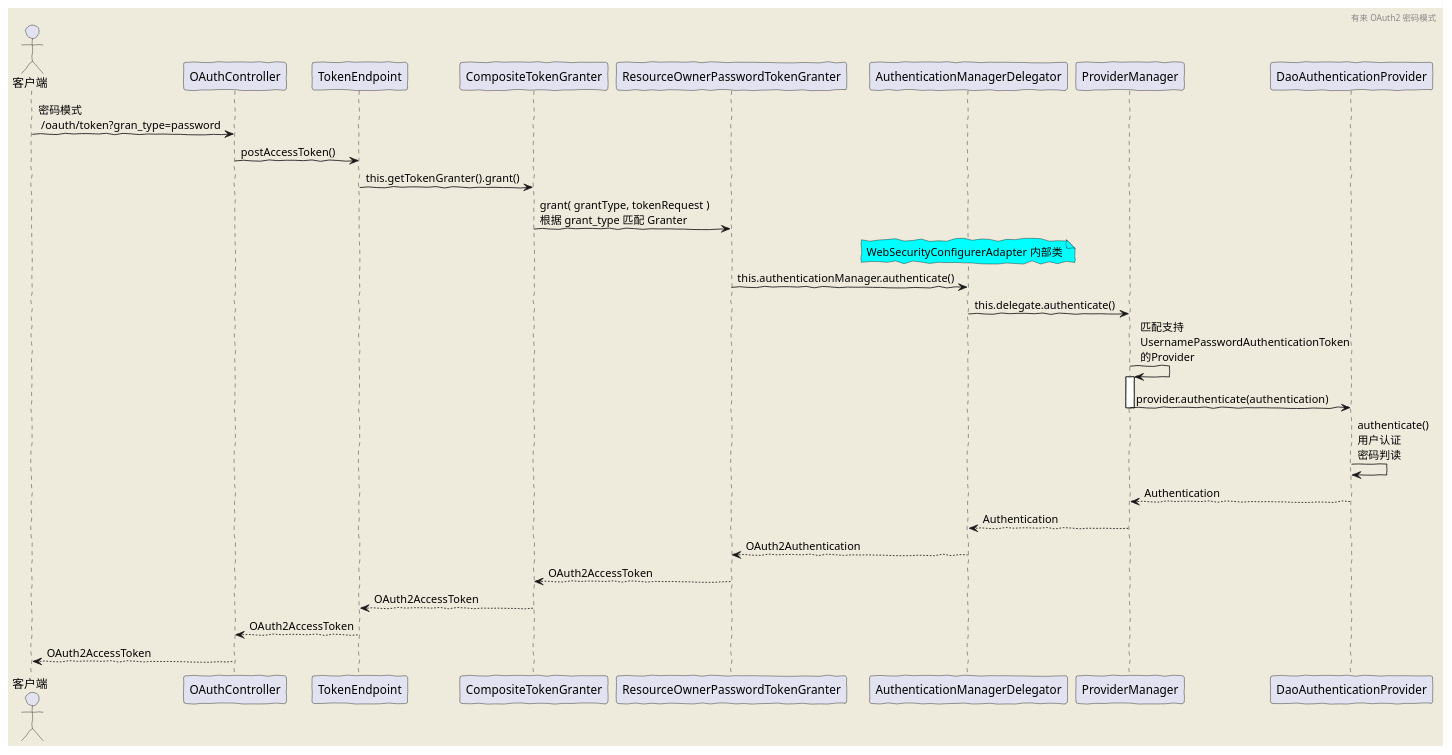
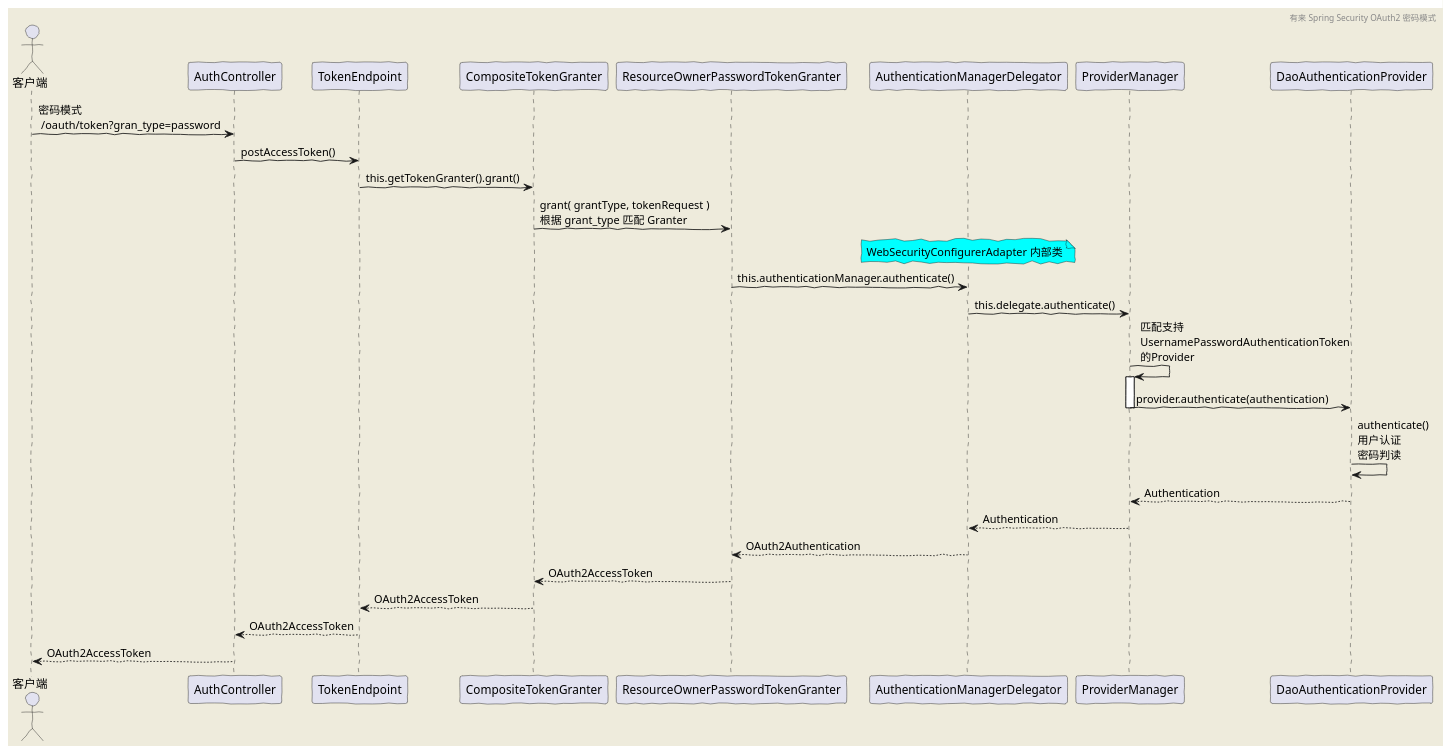
Before and after one commit to youlaitech/youlai-mall: the diagram in doc/diagram/oauth2/password.puml, drawn with PlantUML. The commit also changed other lines of this file and 6 other files, not shown here.

Commit message:
refactor: Spring Security OAuth2授权模式扩展

```diff
--- a/doc/diagram/oauth2/password.puml
+++ b/doc/diagram/oauth2/password.puml
@@ -2,33 +2,33 @@
 @startuml
 'https://plantuml.com/sequence-diagram
 skinparam backgroundColor #EEEBDC
 skinparam handwritten true
 
-header 有来 OAuth2 密码模式
+header 有来 Spring Security OAuth2 密码模式
 
 actor 客户端
 
-客户端 -> OAuthController: 密码模式 \n /oauth/token?gran_type=password
-OAuthController -> TokenEndpoint: postAccessToken()
+客户端 -> AuthController: 密码模式 \n /oauth/token?gran_type=password
+AuthController -> TokenEndpoint: postAccessToken()
 TokenEndpoint -> CompositeTokenGranter: this.getTokenGranter().grant()
 CompositeTokenGranter->ResourceOwnerPasswordTokenGranter:grant( grantType, tokenRequest )\n根据 grant_type 匹配 Granter
 note over of AuthenticationManagerDelegator #aqua
 WebSecurityConfigurerAdapter 内部类
 end note
 ResourceOwnerPasswordTokenGranter-> AuthenticationManagerDelegator:this.authenticationManager.authenticate()
 AuthenticationManagerDelegator -> ProviderManager: this.delegate.authenticate()
 
 
 ProviderManager -> ProviderManager: 匹配支持\nUsernamePasswordAuthenticationToken\n的Provider
 activate ProviderManager
 ProviderManager -> DaoAuthenticationProvider: provider.authenticate(authentication)
 deactivate ProviderManager
 DaoAuthenticationProvider -> DaoAuthenticationProvider:authenticate()\n用户认证\n密码判读
 ProviderManager <-- DaoAuthenticationProvider: Authentication
 AuthenticationManagerDelegator <-- ProviderManager: Authentication
 ResourceOwnerPasswordTokenGranter <-- AuthenticationManagerDelegator: OAuth2Authentication
 CompositeTokenGranter <-- ResourceOwnerPasswordTokenGranter: OAuth2AccessToken
 TokenEndpoint <-- CompositeTokenGranter:OAuth2AccessToken
-OAuthController <-- TokenEndpoint:OAuth2AccessToken
-客户端 <-- OAuthController: OAuth2AccessToken
+AuthController <-- TokenEndpoint:OAuth2AccessToken
+客户端 <-- AuthController: OAuth2AccessToken
 @enduml
```
